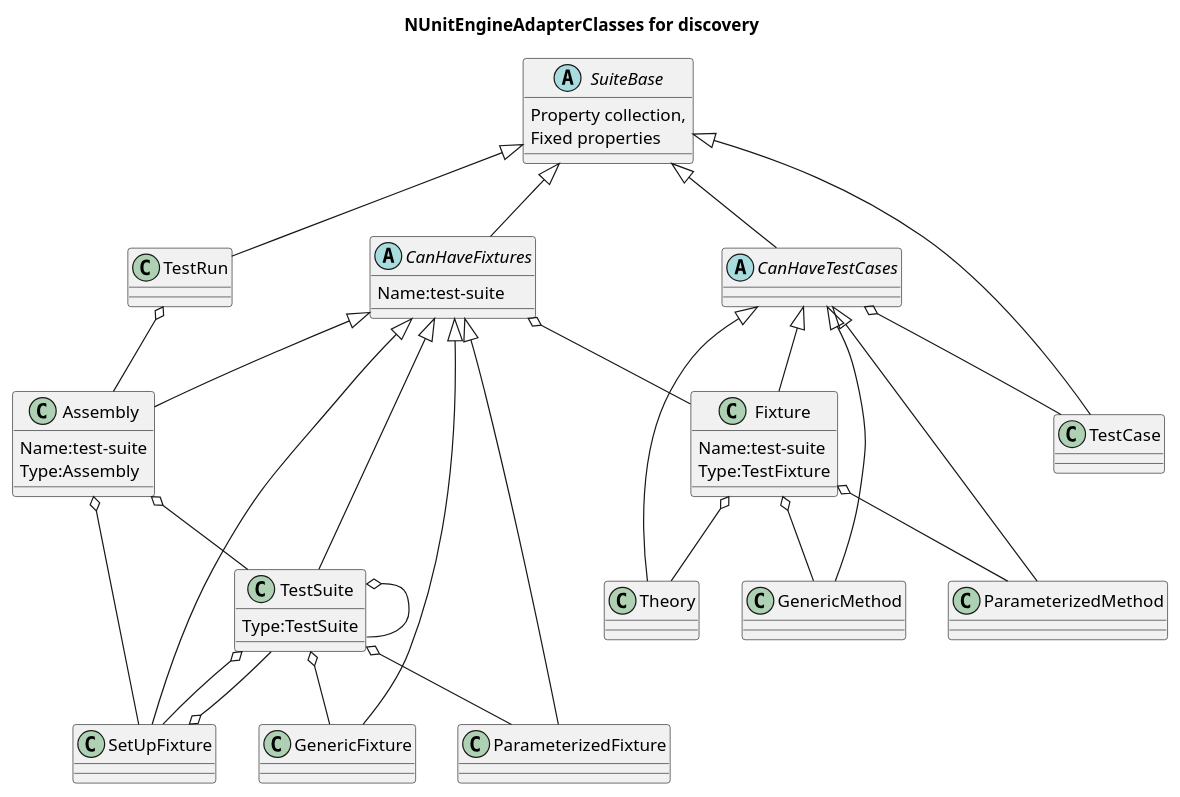
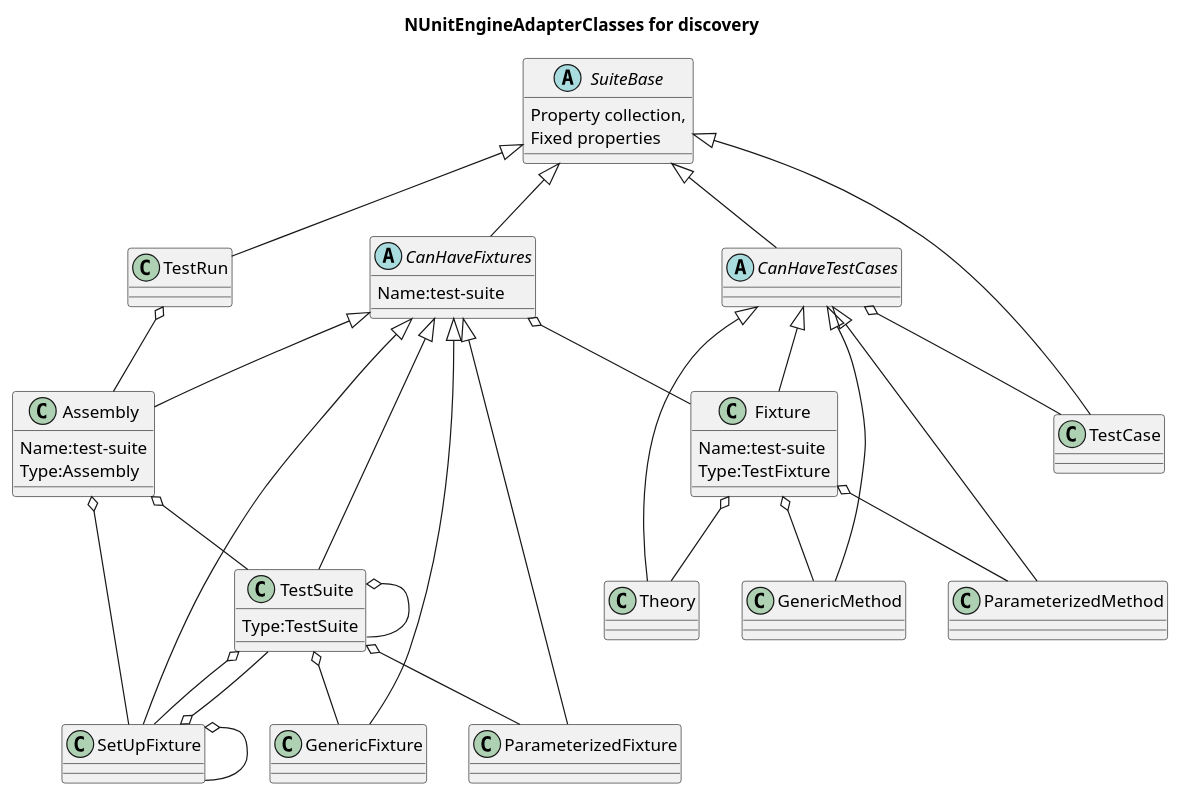
Before and after one commit to nunit/nunit3-vs-adapter: the diagram in src/NUnitTestAdapter/NUnitEngine/EngineAdapterClasses.plantuml, drawn with PlantUML. The commit also changed 2 other files, not shown here.

```diff
--- a/src/NUnitTestAdapter/NUnitEngine/EngineAdapterClasses.plantuml
+++ b/src/NUnitTestAdapter/NUnitEngine/EngineAdapterClasses.plantuml
@@ -1,61 +1,62 @@
 @startuml
 title NUnitEngineAdapterClasses for discovery
    CanHaveFixtures <|-- TestSuite
    SuiteBase <|-- CanHaveTestCases
    SuiteBase <|-- CanHaveFixtures
    SuiteBase <|-- TestRun
    CanHaveTestCases <|-- Fixture
    SuiteBase <|-- TestCase
    CanHaveTestCases <|-- ParameterizedMethod
    CanHaveFixtures <|-- GenericFixture
    CanHaveFixtures <|-- SetUpFixture
    CanHaveTestCases <|-- Theory
    TestSuite o-- GenericFixture
    TestSuite o-- TestSuite
    Fixture o-- ParameterizedMethod
    CanHaveTestCases o-- TestCase
    CanHaveFixtures o-- Fixture
    CanHaveFixtures <|-- ParameterizedFixture
    CanHaveFixtures <|-- Assembly
    TestSuite o-- ParameterizedFixture
    TestSuite o-- SetUpFixture
    Assembly o-- TestSuite
    Assembly o-- SetUpFixture
    Fixture o-- Theory
    Fixture o-- GenericMethod
    CanHaveTestCases <|-- GenericMethod
    TestRun o-- Assembly
    SetUpFixture o-- TestSuite
+   SetUpFixture o-- SetUpFixture
    
 abstract class SuiteBase {
    Property collection,
    Fixed properties
 }
 
 abstract class CanHaveTestCases {
    
 
 }
 
 abstract class CanHaveFixtures {
    Name:test-suite
 }
 
 class Assembly
 {
    Name:test-suite
    Type:Assembly
 }
 
 class TestSuite{
    Type:TestSuite
 }
 
 class Fixture{
    Name:test-suite
    Type:TestFixture
 }
 
 
    
 @enduml
```
